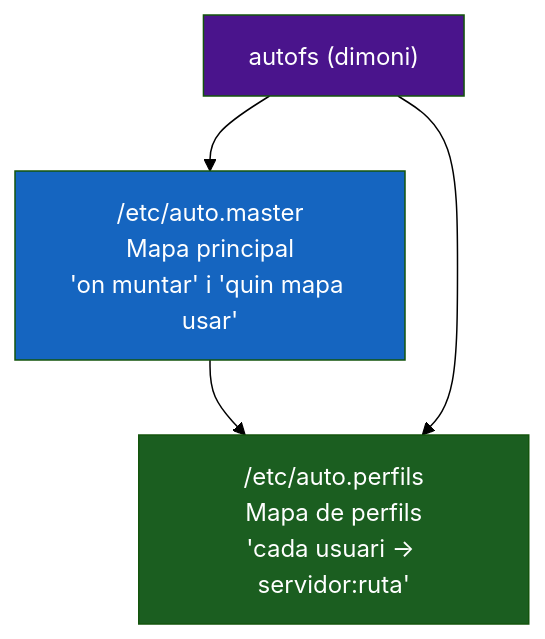
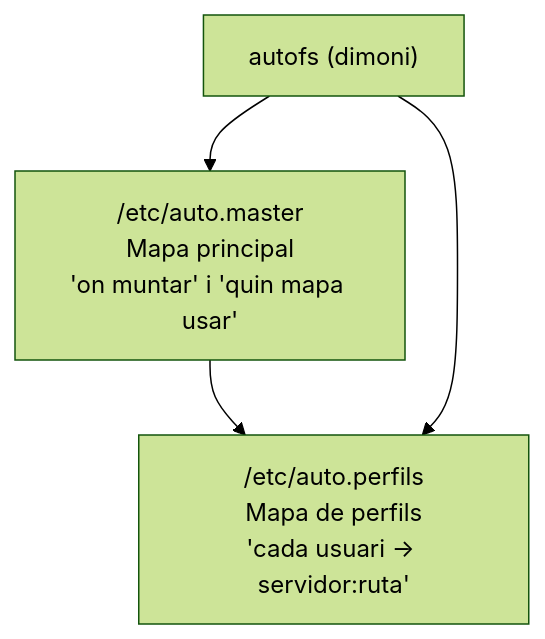
Before and after one commit to xtartera/TartyDocs: the diagram in docs/ut2/bloc8-perfils-mobils/39-autofs-conceptes.md, drawn with Mermaid (forest theme). The commit also changed 15 other files, not shown here.

First line of the commit message:
ut2: elimina style directives dels diagrames mermaid (18 fitxers)

````diff
--- a/docs/ut2/bloc8-perfils-mobils/39-autofs-conceptes.md
+++ b/docs/ut2/bloc8-perfils-mobils/39-autofs-conceptes.md
@@ -35,13 +35,10 @@
     ```mermaid
     flowchart TD
         AM["/etc/auto.master\nMapa principal\n'on muntar' i 'quin mapa usar'"] --> AP
 
         AP["/etc/auto.perfils\nMapa de perfils\n'cada usuari → servidor:ruta'"]
 
         AUTOFS["autofs (dimoni)"] --> AM
         AUTOFS --> AP
 
-        style AM fill:#1565C0,color:#fff
-        style AP fill:#1B5E20,color:#fff
-        style AUTOFS fill:#4A148C,color:#fff
     ```
````
